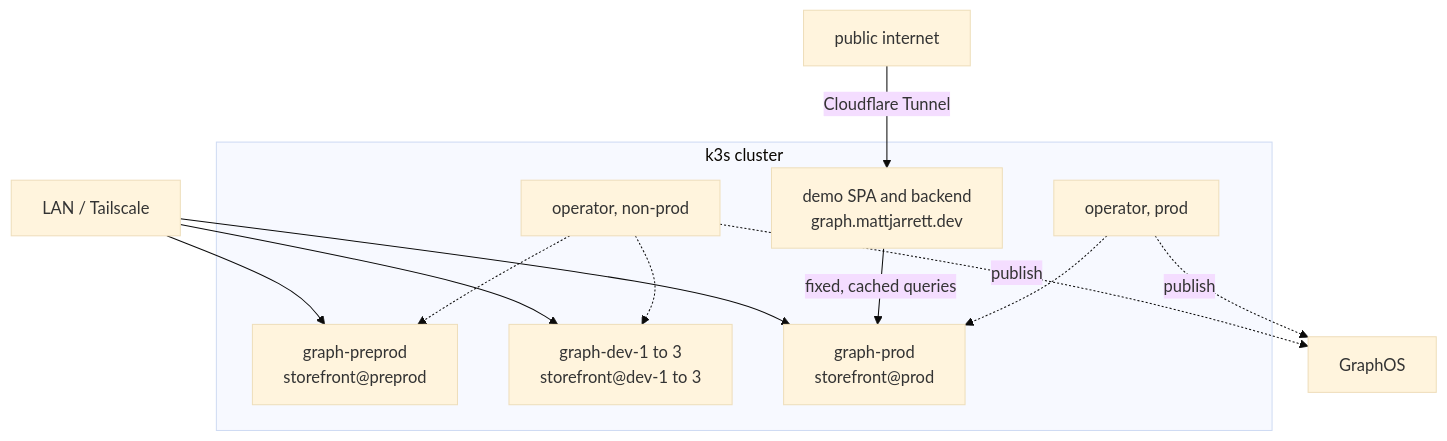
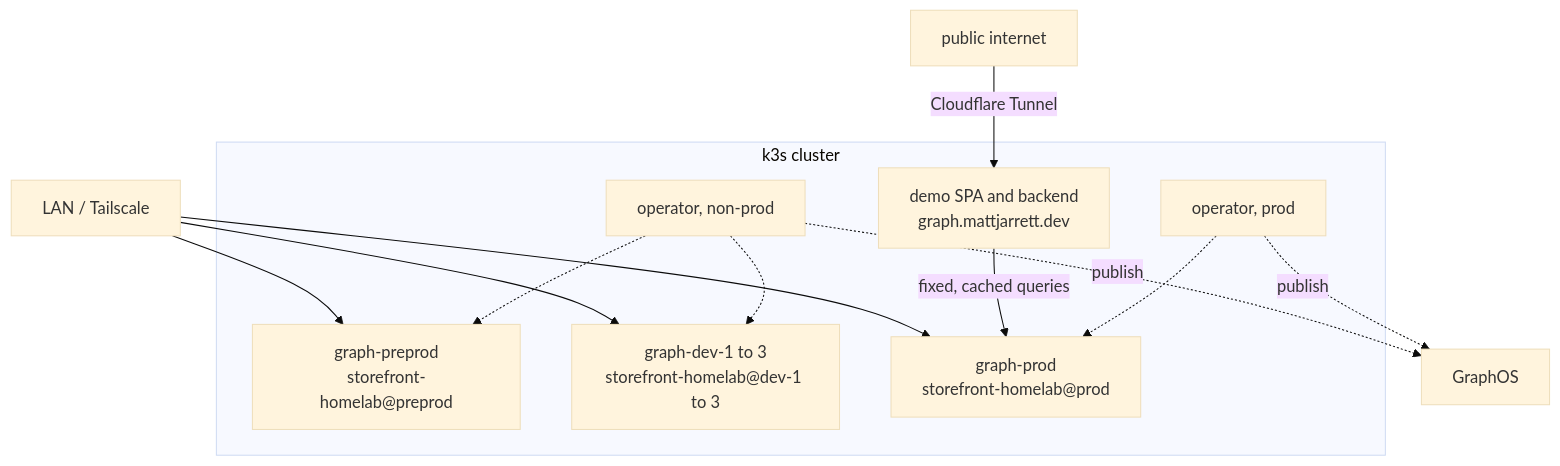
The diagram in platform/docs/graph.md (cujarrett/homelab), drawn with Mermaid (base theme) before and after one commit. The commit also changed other lines of this file, not shown here.

Commit message:
docs: align graph doc with the Developer plan, the storefront-homelab graph ID and the demo repo

````diff
--- a/platform/docs/graph.md
+++ b/platform/docs/graph.md
@@ -203,26 +203,26 @@
 ```mermaid
 flowchart TB
     LAN["LAN / Tailscale"]
     PUB["public internet"]
     GOS["GraphOS"]
 
     subgraph cluster["k3s cluster"]
       OPN["operator, non-prod"]
       OPP["operator, prod"]
-      PRE["graph-preprod<br/>storefront@preprod"]
-      DEV["graph-dev-1 to 3<br/>storefront@dev-1 to 3"]
-      PROD["graph-prod<br/>storefront@prod"]
+      PRE["graph-preprod<br/>storefront-homelab@preprod"]
+      DEV["graph-dev-1 to 3<br/>storefront-homelab@dev-1 to 3"]
+      PROD["graph-prod<br/>storefront-homelab@prod"]
       DEMO["demo SPA and backend<br/>graph.mattjarrett.dev"]
     end
 
     LAN --> PRE
     LAN --> DEV
     LAN --> PROD
     PUB -->|Cloudflare Tunnel| DEMO
     DEMO -->|fixed, cached queries| PROD
     OPN -.-> PRE
     OPN -.-> DEV
     OPP -.-> PROD
     OPN -.->|publish| GOS
     OPP -.->|publish| GOS
 ```
````
